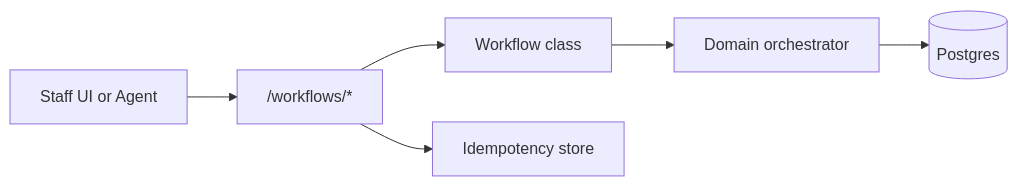
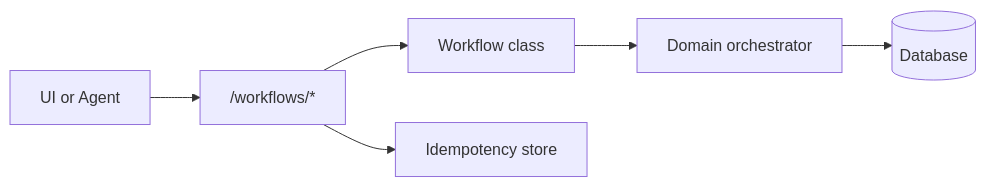
Before and after one commit to tusharwagh/org-python-platform: the diagram in docs/workflow-desk/README.md, drawn with Mermaid. The commit also changed other lines of this file and 34 other files, not shown here.

````diff
--- a/docs/workflow-desk/README.md
+++ b/docs/workflow-desk/README.md
@@ -16,8 +18,8 @@
 ```mermaid
 flowchart LR
-  Client[Staff UI or Agent] --> API["/workflows/*"]
+  Client[UI or Agent] --> API["/workflows/*"]
   API --> WF[Workflow class]
   WF --> ORCH[Domain orchestrator]
-  ORCH --> DB[(Postgres)]
+  ORCH --> DB[(Database)]
   API --> IDEM[Idempotency store]
 ```
````
